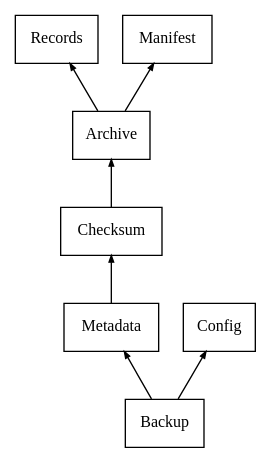
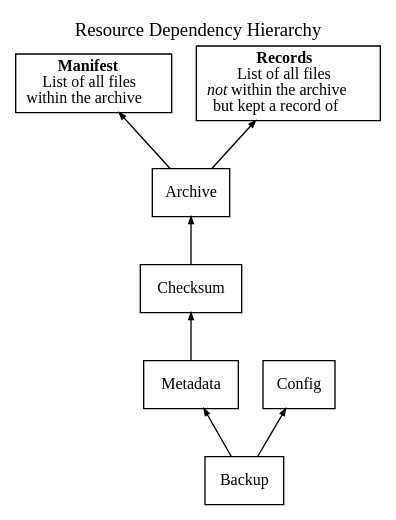
The diagram in doc/graphs/Resource-Dependency-Hierarchy.dot (RyanScottLewis/cutback), drawn with Graphviz before and after one commit. The commit also changed 1 other file, not shown here.

Commit message:
Docs: Graph titles, better descriptions for Manifest and Records resources

```diff
--- a/doc/graphs/Resource-Dependency-Hierarchy.dot
+++ b/doc/graphs/Resource-Dependency-Hierarchy.dot
@@ -1,12 +1,15 @@
 digraph G {
-  graph[rankdir="BT"]
+  graph[label="Resource Dependency Hierarchy" labelloc="t" rankdir="BT"]
   node[shape="box" fontsize="12" fontname="Rive Pixel"]
   edge[arrowsize="0.5" fontsize="12" fontname="Rive Pixel"]
+
+  Manifest [label=<<b>Manifest</b><br/>List of all files<br/>within the archive>]
+  Records [label=<<b>Records</b><br/>List of all files<br/><i>not</i> within the archive<br/>but kept a record of>]
 
   Backup -> Metadata
   Backup -> Config
   Metadata -> Checksum
   Checksum -> Archive
   Archive -> Records
   Archive -> Manifest
 }
```
